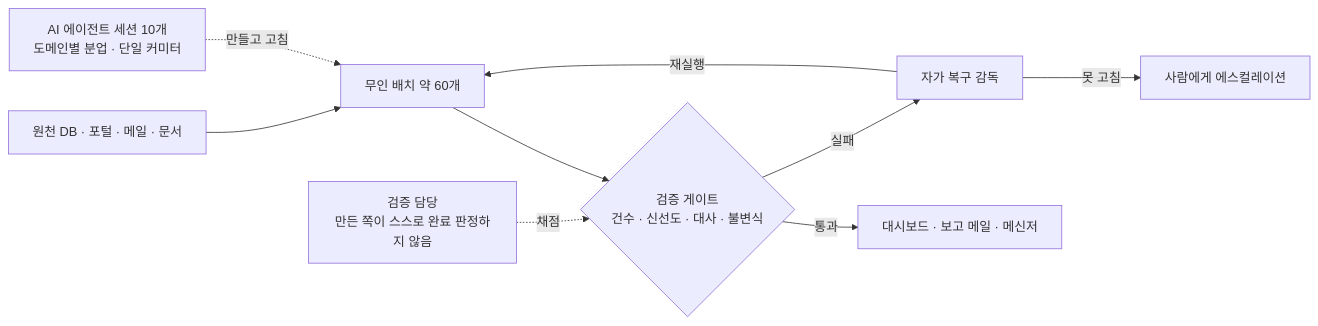
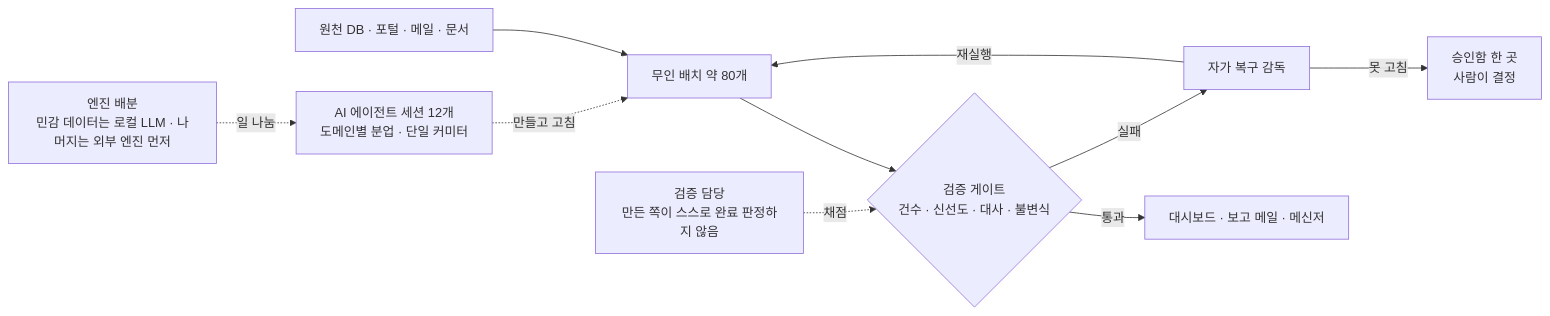
One commit to cloudavenue0012-creator/cloudavenue0012-creator changed the diagram in README.md. Above: the diagram before and after it, drawn with Mermaid. The commit also changed other lines of this file, not shown here.

````diff
--- a/README.md
+++ b/README.md
@@ -19,11 +19,12 @@
 ```mermaid
 flowchart LR
-  S[원천 DB · 포털 · 메일 · 문서] --> B[무인 배치 약 60개]
+  S[원천 DB · 포털 · 메일 · 문서] --> B[무인 배치 약 80개]
   B --> G{검증 게이트<br/>건수 · 신선도 · 대사 · 불변식}
   G -- 통과 --> R[대시보드 · 보고 메일 · 메신저]
   G -- 실패 --> H[자가 복구 감독]
   H -- 재실행 --> B
-  H -- 못 고침 --> P[사람에게 에스컬레이션]
-  A[AI 에이전트 세션 10개<br/>도메인별 분업 · 단일 커미터] -. 만들고 고침 .-> B
+  H -- 못 고침 --> P[승인함 한 곳<br/>사람이 결정]
+  A[AI 에이전트 세션 12개<br/>도메인별 분업 · 단일 커미터] -. 만들고 고침 .-> B
+  M[엔진 배분<br/>민감 데이터는 로컬 LLM · 나머지는 외부 엔진 먼저] -. 일 나눔 .-> A
   V[검증 담당<br/>만든 쪽이 스스로 완료 판정하지 않음] -. 채점 .-> G
 ```
````
